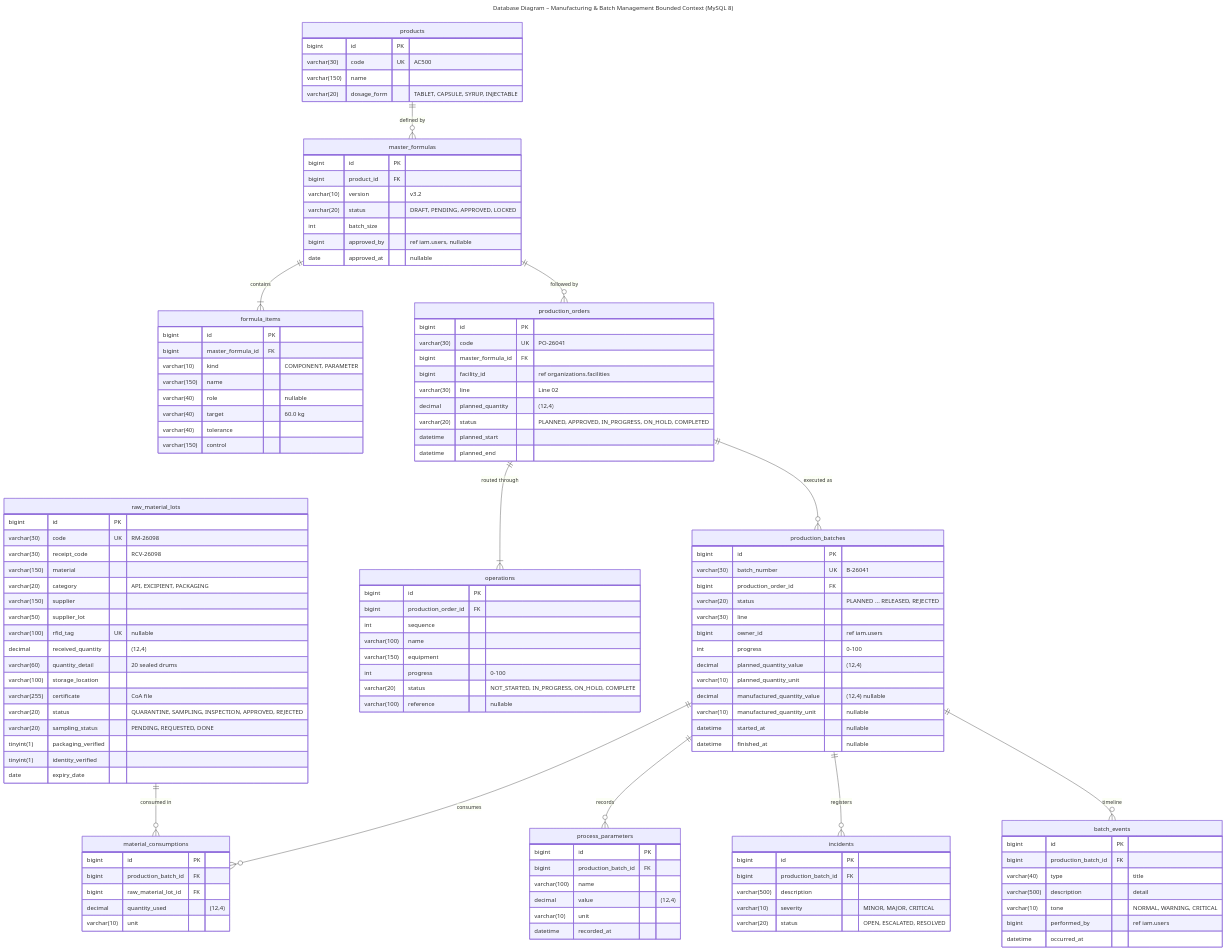
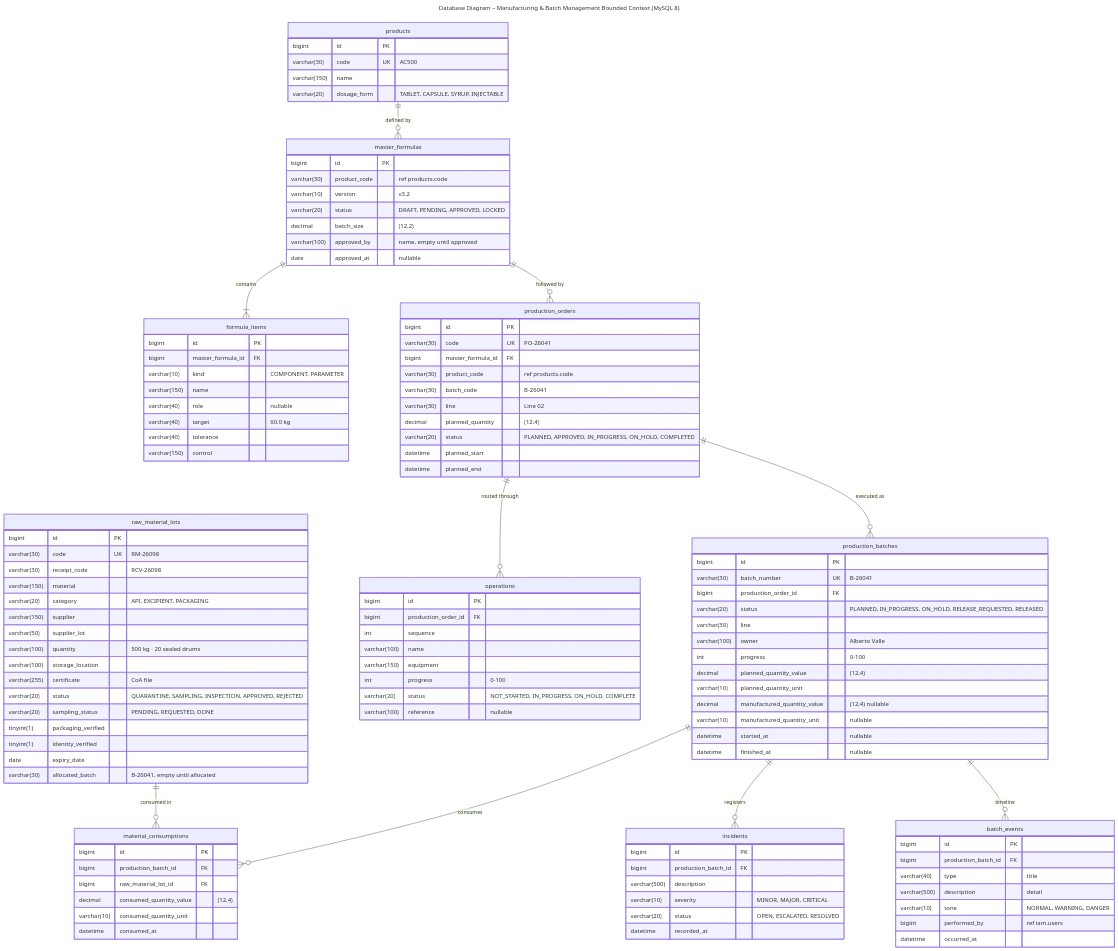
Before and after one commit to IngesCompany/doofplus-report: the diagram in report/assets/diagrams/mermaid/db-04-manufacturing.mmd, drawn with Mermaid. The commit also changed 9 other files, not shown here.

Commit message:
docs(chapter4): align the manufacturing and organizations diagrams with the product

```diff
--- a/report/assets/diagrams/mermaid/db-04-manufacturing.mmd
+++ b/report/assets/diagrams/mermaid/db-04-manufacturing.mmd
@@ -1,125 +1,118 @@
 ---
 title: "Database Diagram – Manufacturing & Batch Management Bounded Context (MySQL 8)"
 ---
 erDiagram
   products {
     bigint id PK
     varchar(30) code UK "AC500"
     varchar(150) name
     varchar(20) dosage_form "TABLET, CAPSULE, SYRUP, INJECTABLE"
   }
   master_formulas {
     bigint id PK
-    bigint product_id FK
+    varchar(30) product_code "ref products.code"
     varchar(10) version "v3.2"
     varchar(20) status "DRAFT, PENDING, APPROVED, LOCKED"
-    int batch_size
-    bigint approved_by "ref iam.users, nullable"
+    decimal batch_size "(12,2)"
+    varchar(100) approved_by "name, empty until approved"
     date approved_at "nullable"
   }
   formula_items {
     bigint id PK
     bigint master_formula_id FK
     varchar(10) kind "COMPONENT, PARAMETER"
     varchar(150) name
     varchar(40) role "nullable"
     varchar(40) target "60.0 kg"
     varchar(40) tolerance
     varchar(150) control
   }
   raw_material_lots {
     bigint id PK
     varchar(30) code UK "RM-26098"
     varchar(30) receipt_code "RCV-26098"
     varchar(150) material
     varchar(20) category "API, EXCIPIENT, PACKAGING"
     varchar(150) supplier
     varchar(50) supplier_lot
-    varchar(100) rfid_tag UK "nullable"
-    decimal received_quantity "(12,4)"
-    varchar(60) quantity_detail "20 sealed drums"
+    varchar(100) quantity "500 kg · 20 sealed drums"
     varchar(100) storage_location
     varchar(255) certificate "CoA file"
     varchar(20) status "QUARANTINE, SAMPLING, INSPECTION, APPROVED, REJECTED"
     varchar(20) sampling_status "PENDING, REQUESTED, DONE"
     tinyint(1) packaging_verified
     tinyint(1) identity_verified
     date expiry_date
+    varchar(30) allocated_batch "B-26041, empty until allocated"
   }
   production_orders {
     bigint id PK
     varchar(30) code UK "PO-26041"
     bigint master_formula_id FK
-    bigint facility_id "ref organizations.facilities"
+    varchar(30) product_code "ref products.code"
+    varchar(30) batch_code "B-26041"
     varchar(30) line "Line 02"
     decimal planned_quantity "(12,4)"
     varchar(20) status "PLANNED, APPROVED, IN_PROGRESS, ON_HOLD, COMPLETED"
     datetime planned_start
     datetime planned_end
   }
   operations {
     bigint id PK
     bigint production_order_id FK
     int sequence
     varchar(100) name
     varchar(150) equipment
     int progress "0-100"
     varchar(20) status "NOT_STARTED, IN_PROGRESS, ON_HOLD, COMPLETE"
     varchar(100) reference "nullable"
   }
   production_batches {
     bigint id PK
     varchar(30) batch_number UK "B-26041"
     bigint production_order_id FK
-    varchar(20) status "PLANNED ... RELEASED, REJECTED"
+    varchar(20) status "PLANNED, IN_PROGRESS, ON_HOLD, RELEASE_REQUESTED, RELEASED"
     varchar(30) line
-    bigint owner_id "ref iam.users"
+    varchar(100) owner "Alberto Valle"
     int progress "0-100"
     decimal planned_quantity_value "(12,4)"
     varchar(10) planned_quantity_unit
     decimal manufactured_quantity_value "(12,4) nullable"
     varchar(10) manufactured_quantity_unit "nullable"
     datetime started_at "nullable"
     datetime finished_at "nullable"
   }
   material_consumptions {
     bigint id PK
     bigint production_batch_id FK
     bigint raw_material_lot_id FK
-    decimal quantity_used "(12,4)"
-    varchar(10) unit
-  }
-  process_parameters {
-    bigint id PK
-    bigint production_batch_id FK
-    varchar(100) name
-    decimal value "(12,4)"
-    varchar(10) unit
-    datetime recorded_at
+    decimal consumed_quantity_value "(12,4)"
+    varchar(10) consumed_quantity_unit
+    datetime consumed_at
   }
   incidents {
     bigint id PK
     bigint production_batch_id FK
     varchar(500) description
     varchar(10) severity "MINOR, MAJOR, CRITICAL"
     varchar(20) status "OPEN, ESCALATED, RESOLVED"
+    datetime recorded_at
   }
   batch_events {
     bigint id PK
     bigint production_batch_id FK
     varchar(40) type "title"
     varchar(500) description "detail"
-    varchar(10) tone "NORMAL, WARNING, CRITICAL"
+    varchar(10) tone "NORMAL, WARNING, DANGER"
     bigint performed_by "ref iam.users"
     datetime occurred_at
   }
   products ||--o{ master_formulas : "defined by"
   master_formulas ||--|{ formula_items : "contains"
   master_formulas ||--o{ production_orders : "followed by"
-  production_orders ||--|{ operations : "routed through"
+  production_orders ||--o{ operations : "routed through"
   production_orders ||--o{ production_batches : "executed as"
   production_batches ||--o{ material_consumptions : "consumes"
   raw_material_lots ||--o{ material_consumptions : "consumed in"
-  production_batches ||--o{ process_parameters : "records"
   production_batches ||--o{ incidents : "registers"
   production_batches ||--o{ batch_events : "timeline"
```
